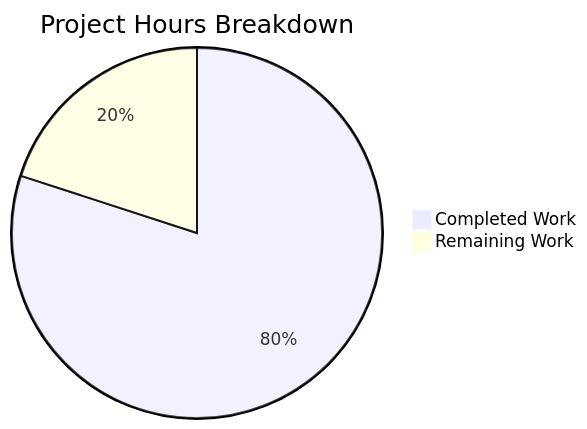
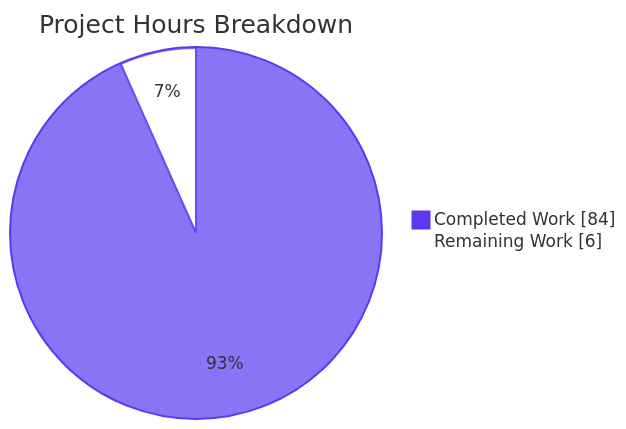
One commit to Blitzy-Sandbox/blitzy-formbricks changed the second of 3 diagrams in blitzy/documentation/Project Guide.md. Above: the diagram before and after it, drawn with Mermaid. The commit also changed other lines of this file, not shown here.

Commit message:
Adding Blitzy Project Guide: Project Status and Human Tasks Remaining

````diff
--- a/blitzy/documentation/Project Guide.md
+++ b/blitzy/documentation/Project Guide.md
@@ -180,5 +223,6 @@
 ```mermaid
-pie title Project Hours Breakdown
-    "Completed Work" : 12
-    "Remaining Work" : 3
+%%{init: {'theme':'base','themeVariables':{'pie1':'#5B39F3','pie2':'#FFFFFF','pieStrokeColor':'#5B39F3','pieOuterStrokeColor':'#5B39F3'}}}%%
+pie showData title Project Hours Breakdown
+    "Completed Work" : 84
+    "Remaining Work" : 6
 ```
````
